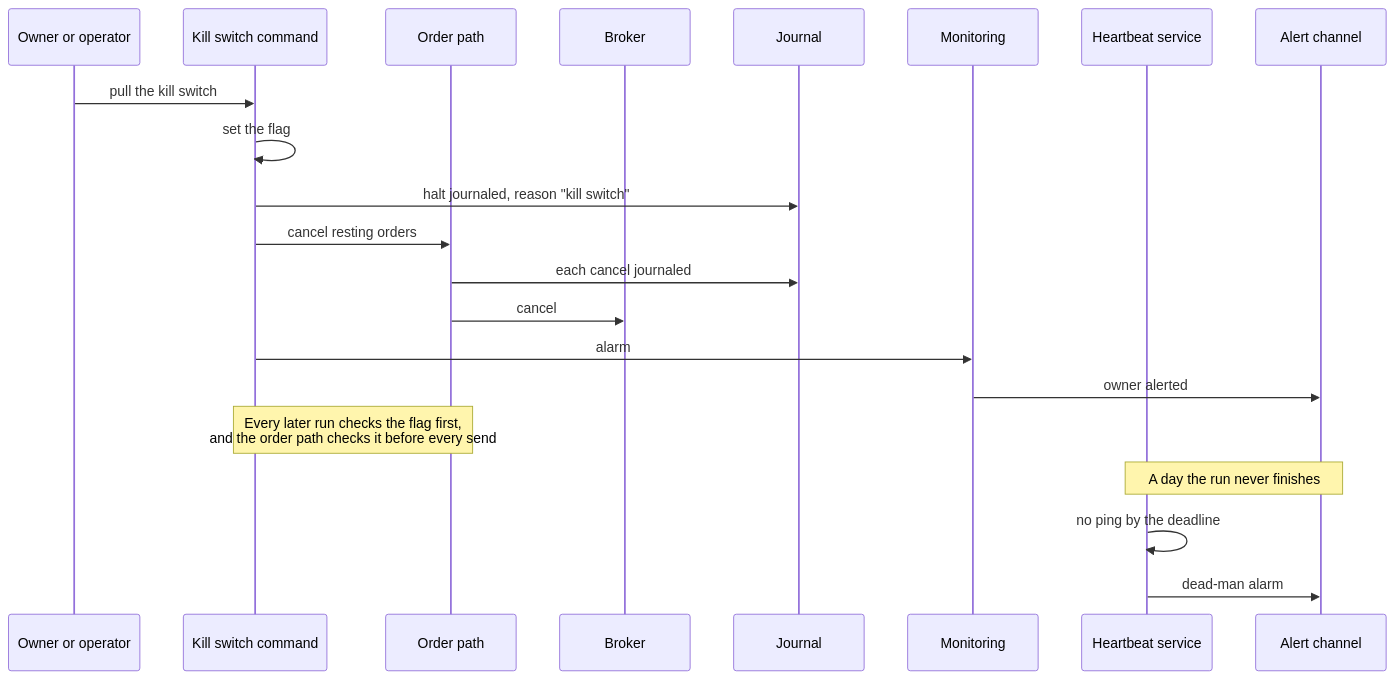
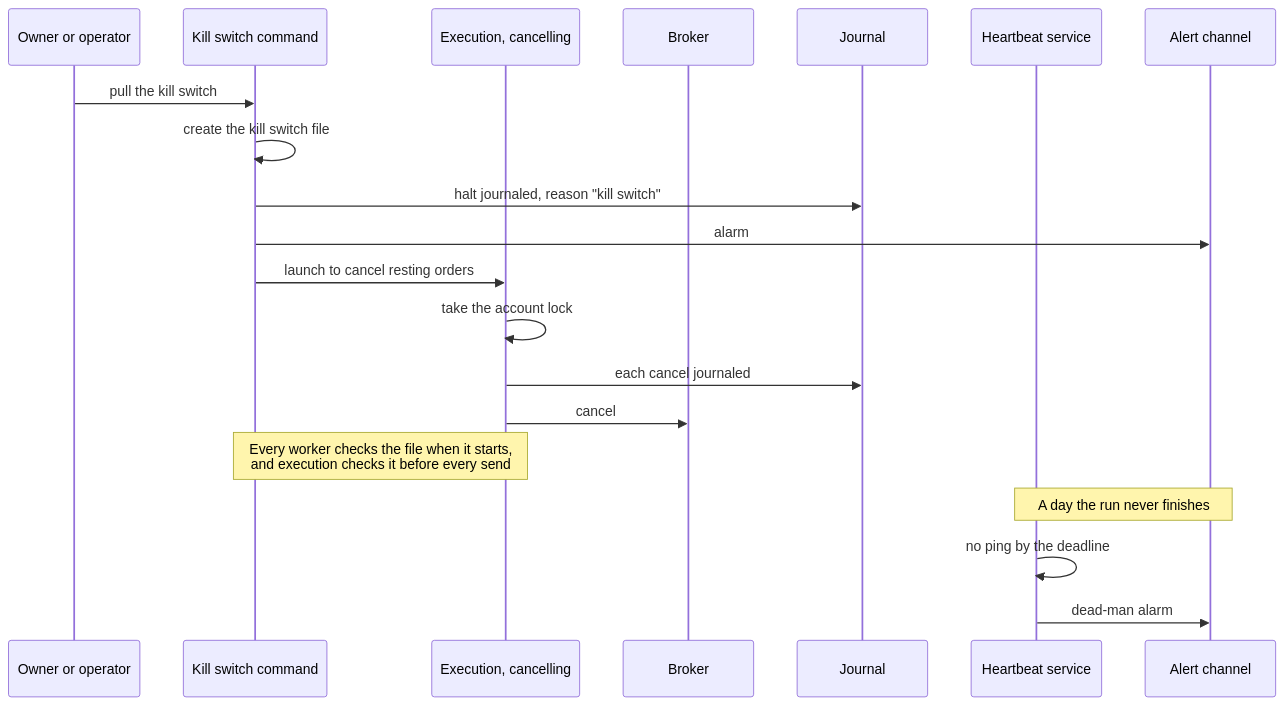
The ninth of 16 diagrams in docs/architecture.md (l3a0/ithildin-runtime), drawn with Mermaid before and after one commit. The commit also changed other lines of this file and 2 other files, not shown here.

First line of the commit message:
docs(architecture): run each module as its own worker, passing files

````diff
--- a/docs/architecture.md
+++ b/docs/architecture.md
@@ -615,25 +686,24 @@
 ```mermaid
 sequenceDiagram
     participant P as Owner or operator
     participant K as Kill switch command
-    participant X as Order path
+    participant X as Execution, cancelling
     participant B as Broker
     participant J as Journal
-    participant M as Monitoring
     participant H as Heartbeat service
     participant A as Alert channel
 
     P->>K: pull the kill switch
-    K->>K: set the flag
+    K->>K: create the kill switch file
     K->>J: halt journaled, reason "kill switch"
-    K->>X: cancel resting orders
+    K->>A: alarm
+    K->>X: launch to cancel resting orders
+    X->>X: take the account lock
     X->>J: each cancel journaled
     X->>B: cancel
-    K->>M: alarm
-    M->>A: owner alerted
-    Note over K,X: Every later run checks the flag first,<br/>and the order path checks it before every send
+    Note over K,X: Every worker checks the file when it starts,<br/>and execution checks it before every send
 
     Note over H,A: A day the run never finishes
     H->>H: no ping by the deadline
     H->>A: dead-man alarm
 ```
````
